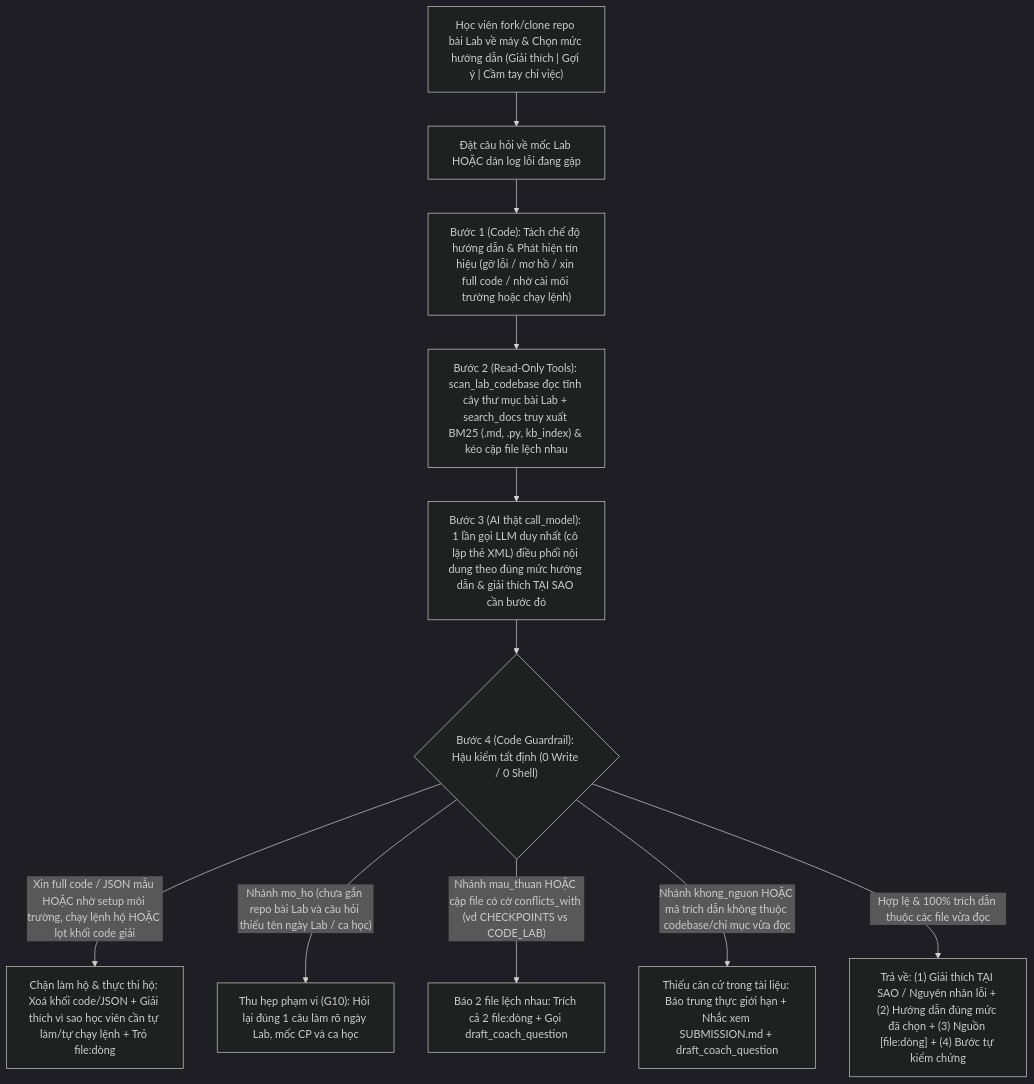
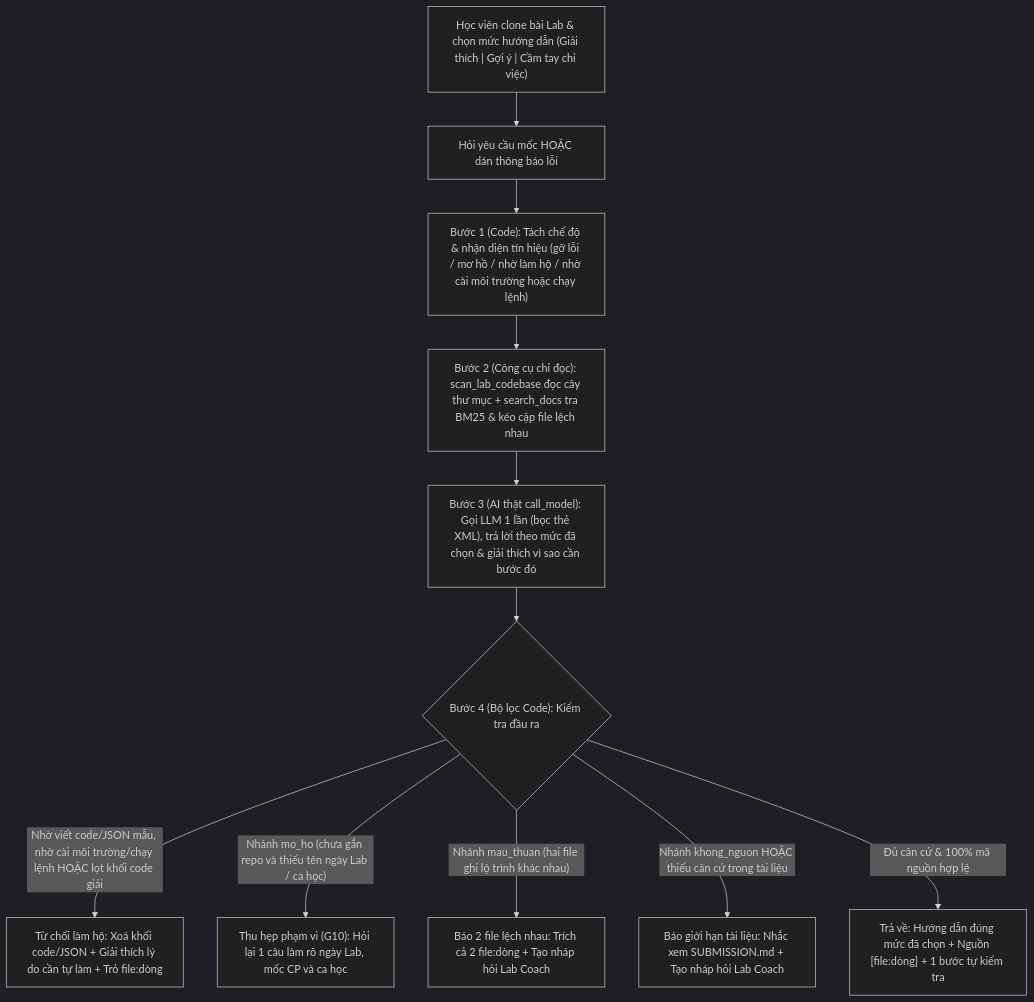
The diagram in spec.md (HaMThang/K5-Day15-L3A-V88), drawn with Mermaid (dark theme) before and after one commit. The commit also changed other lines of this file and 14 other files, not shown here.

````diff
--- a/spec.md
+++ b/spec.md
@@ -68,13 +65,13 @@
 ```mermaid
 flowchart TD
-    Clone["Học viên fork/clone repo bài Lab về máy & Chọn mức hướng dẫn (Giải thích | Gợi ý | Cầm tay chỉ việc)"] --> Q["Đặt câu hỏi về mốc Lab HOẶC dán log lỗi đang gặp"]
-    Q --> S1["Bước 1 (Code): Tách chế độ hướng dẫn & Phát hiện tín hiệu (gỡ lỗi / mơ hồ / xin full code / nhờ cài môi trường hoặc chạy lệnh)"]
-    S1 --> S2["Bước 2 (Read-Only Tools): scan_lab_codebase đọc tĩnh cây thư mục bài Lab + search_docs truy xuất BM25 (.md, .py, kb_index) & kéo cặp file lệch nhau"]
-    S2 --> S3["Bước 3 (AI thật call_model): 1 lần gọi LLM duy nhất (cô lập thẻ XML) điều phối nội dung theo đúng mức hướng dẫn & giải thích TẠI SAO cần bước đó"]
-    S3 --> V{"Bước 4 (Code Guardrail): Hậu kiểm tất định (0 Write / 0 Shell)"}
-    V -- "Xin full code / JSON mẫu HOẶC nhờ setup môi trường, chạy lệnh hộ HOẶC lọt khối code giải" --> R1["Chặn làm hộ & thực thi hộ: Xoá khối code/JSON + Giải thích vì sao học viên cần tự làm/tự chạy lệnh + Trỏ file:dòng"]
-    V -- "Nhánh mo_ho (chưa gắn repo bài Lab và câu hỏi thiếu tên ngày Lab / ca học)" --> R2["Thu hẹp phạm vi (G10): Hỏi lại đúng 1 câu làm rõ ngày Lab, mốc CP và ca học"]
-    V -- "Nhánh mau_thuan HOẶC cặp file có cờ conflicts_with (vd CHECKPOINTS vs CODE_LAB)" --> R3["Báo 2 file lệch nhau: Trích cả 2 file:dòng + Gọi draft_coach_question"]
-    V -- "Nhánh khong_nguon HOẶC mã trích dẫn không thuộc codebase/chỉ mục vừa đọc" --> R4["Thiếu căn cứ trong tài liệu: Báo trung thực giới hạn + Nhắc xem SUBMISSION.md + draft_coach_question"]
-    V -- "Hợp lệ & 100% trích dẫn thuộc các file vừa đọc" --> OK["Trả về: (1) Giải thích TẠI SAO / Nguyên nhân lỗi + (2) Hướng dẫn đúng mức đã chọn + (3) Nguồn [file:dòng] + (4) Bước tự kiểm chứng"]
+    Clone["Học viên clone bài Lab & chọn mức hướng dẫn (Giải thích | Gợi ý | Cầm tay chỉ việc)"] --> Q["Hỏi yêu cầu mốc HOẶC dán thông báo lỗi"]
+    Q --> S1["Bước 1 (Code): Tách chế độ & nhận diện tín hiệu (gỡ lỗi / mơ hồ / nhờ làm hộ / nhờ cài môi trường hoặc chạy lệnh)"]
+    S1 --> S2["Bước 2 (Công cụ chỉ đọc): scan_lab_codebase đọc cây thư mục + search_docs tra BM25 & kéo cặp file lệch nhau"]
+    S2 --> S3["Bước 3 (AI thật call_model): Gọi LLM 1 lần (bọc thẻ XML), trả lời theo mức đã chọn & giải thích vì sao cần bước đó"]
+    S3 --> V{"Bước 4 (Bộ lọc Code): Kiểm tra đầu ra"}
+    V -- "Nhờ viết code/JSON mẫu, nhờ cài môi trường/chạy lệnh HOẶC lọt khối code giải" --> R1["Từ chối làm hộ: Xoá khối code/JSON + Giải thích lý do cần tự làm + Trỏ file:dòng"]
+    V -- "Nhánh mo_ho (chưa gắn repo và thiếu tên ngày Lab / ca học)" --> R2["Thu hẹp phạm vi (G10): Hỏi lại 1 câu làm rõ ngày Lab, mốc CP và ca học"]
+    V -- "Nhánh mau_thuan (hai file ghi lộ trình khác nhau)" --> R3["Báo 2 file lệch nhau: Trích cả 2 file:dòng + Tạo nháp hỏi Lab Coach"]
+    V -- "Nhánh khong_nguon HOẶC thiếu căn cứ trong tài liệu" --> R4["Báo giới hạn tài liệu: Nhắc xem SUBMISSION.md + Tạo nháp hỏi Lab Coach"]
+    V -- "Đủ căn cứ & 100% mã nguồn hợp lệ" --> OK["Trả về: Hướng dẫn đúng mức đã chọn + Nguồn [file:dòng] + 1 bước tự kiểm tra"]
 ```
````
